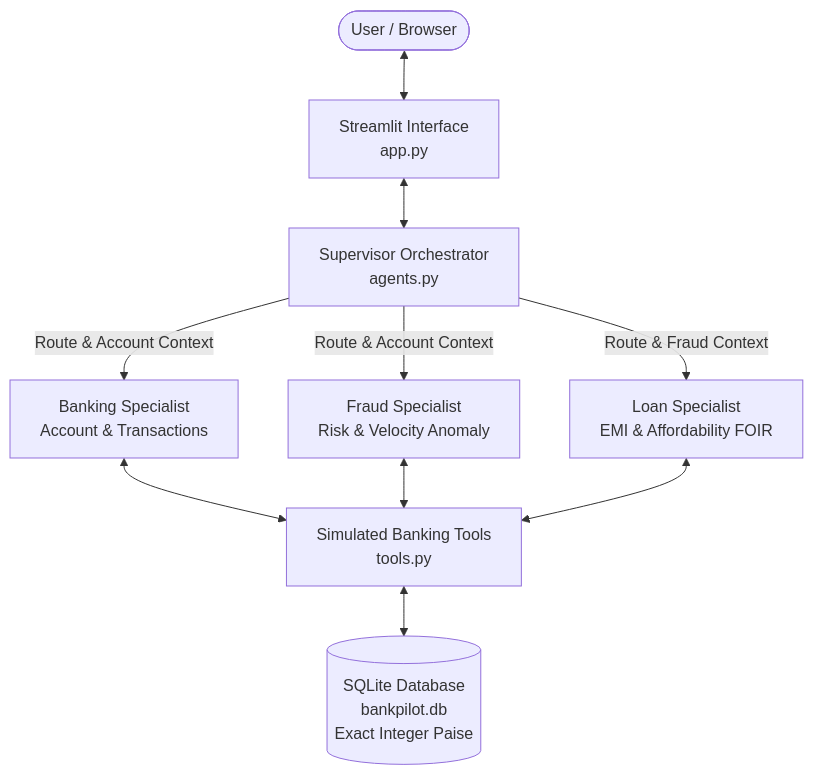
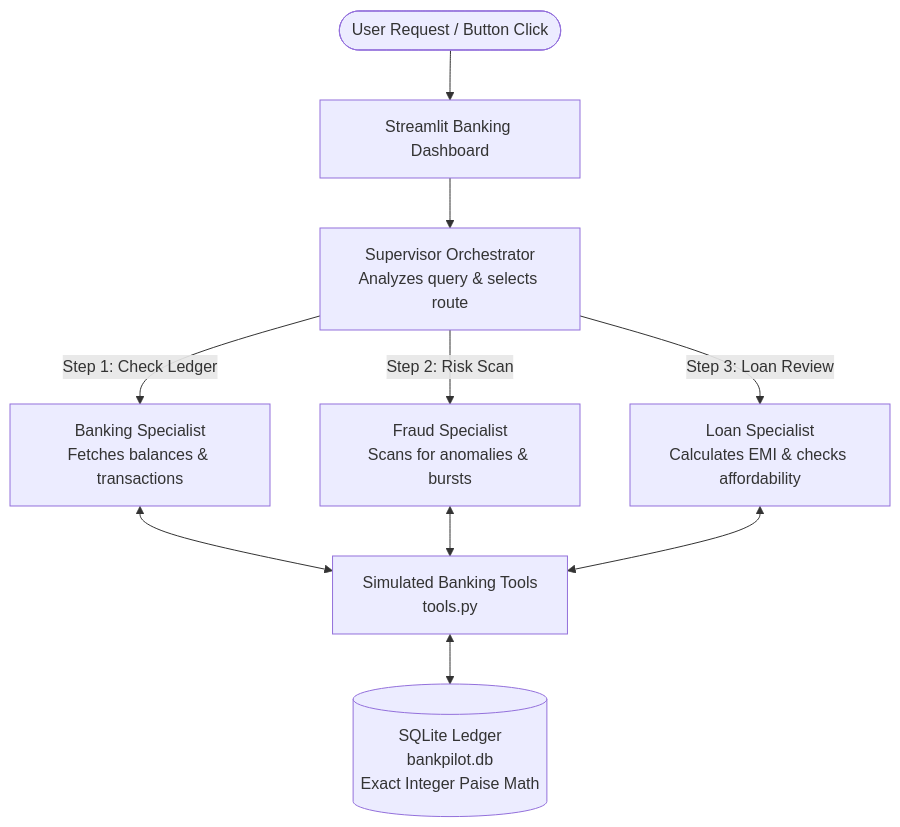
One commit to kishorein25/BankPilot-AI changed the diagram in README.md. Above: the diagram before and after it, drawn with Mermaid. The commit also changed other lines of this file, not shown here.

Commit message:
Update README with beginner-friendly point-wise setup, architecture, and workflow guide

````diff
--- a/README.md
+++ b/README.md
@@ -11,15 +56,15 @@
 ```mermaid
 flowchart TD
-    User([User / Browser]) <--> UI[Streamlit Interface\napp.py]
-    UI <--> Supervisor[Supervisor Orchestrator\nagents.py]
+    User([User Request / Button Click]) --> UI[Streamlit Banking Dashboard]
+    UI --> Supervisor[Supervisor Orchestrator\nAnalyzes query & selects route]
     
-    Supervisor -->|Route & Account Context| BankingAgent[Banking Specialist\nAccount & Transactions]
-    Supervisor -->|Route & Account Context| FraudAgent[Fraud Specialist\nRisk & Velocity Anomaly]
-    Supervisor -->|Route & Fraud Context| LoanAgent[Loan Specialist\nEMI & Affordability FOIR]
+    Supervisor -->|Step 1: Check Ledger| Banking[Banking Specialist\nFetches balances & transactions]
+    Supervisor -->|Step 2: Risk Scan| Fraud[Fraud Specialist\nScans for anomalies & bursts]
+    Supervisor -->|Step 3: Loan Review| Loan[Loan Specialist\nCalculates EMI & checks affordability]
     
-    BankingAgent <--> Tools[Simulated Banking Tools\ntools.py]
-    FraudAgent <--> Tools
-    LoanAgent <--> Tools
+    Banking <--> Tools[Simulated Banking Tools\ntools.py]
+    Fraud <--> Tools
+    Loan <--> Tools
     
-    Tools <--> DB[(SQLite Database\nbankpilot.db\nExact Integer Paise)]
+    Tools <--> DB[(SQLite Ledger\nbankpilot.db\nExact Integer Paise Math)]
 ```
````
